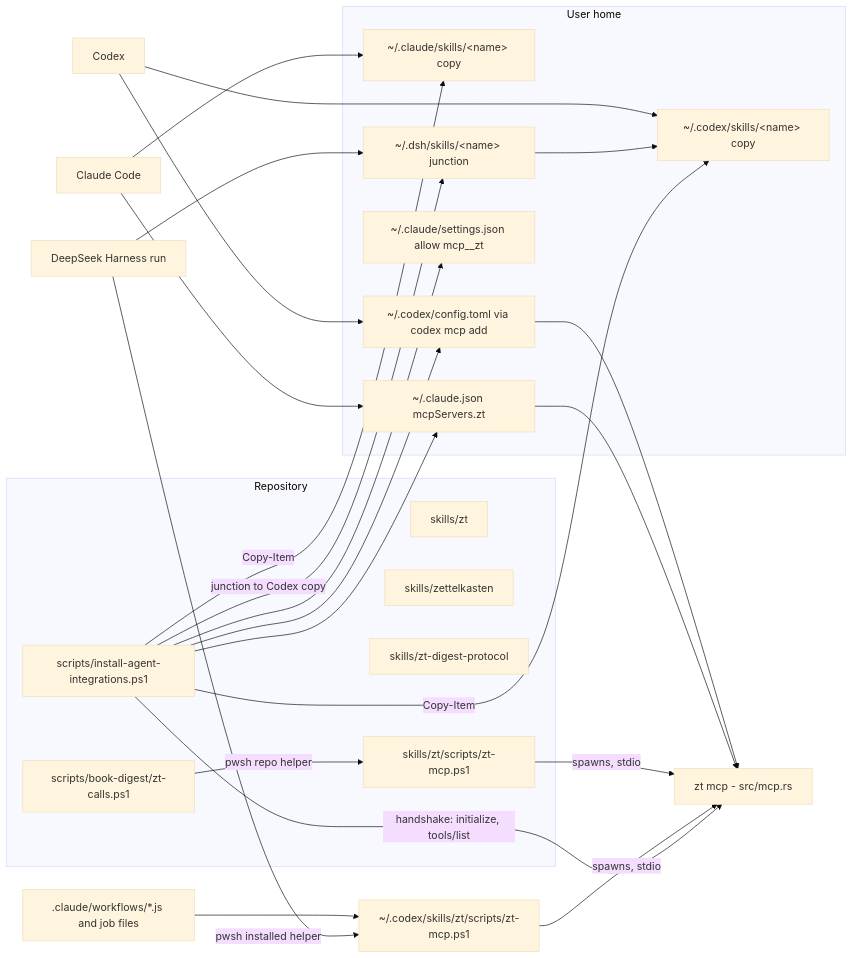
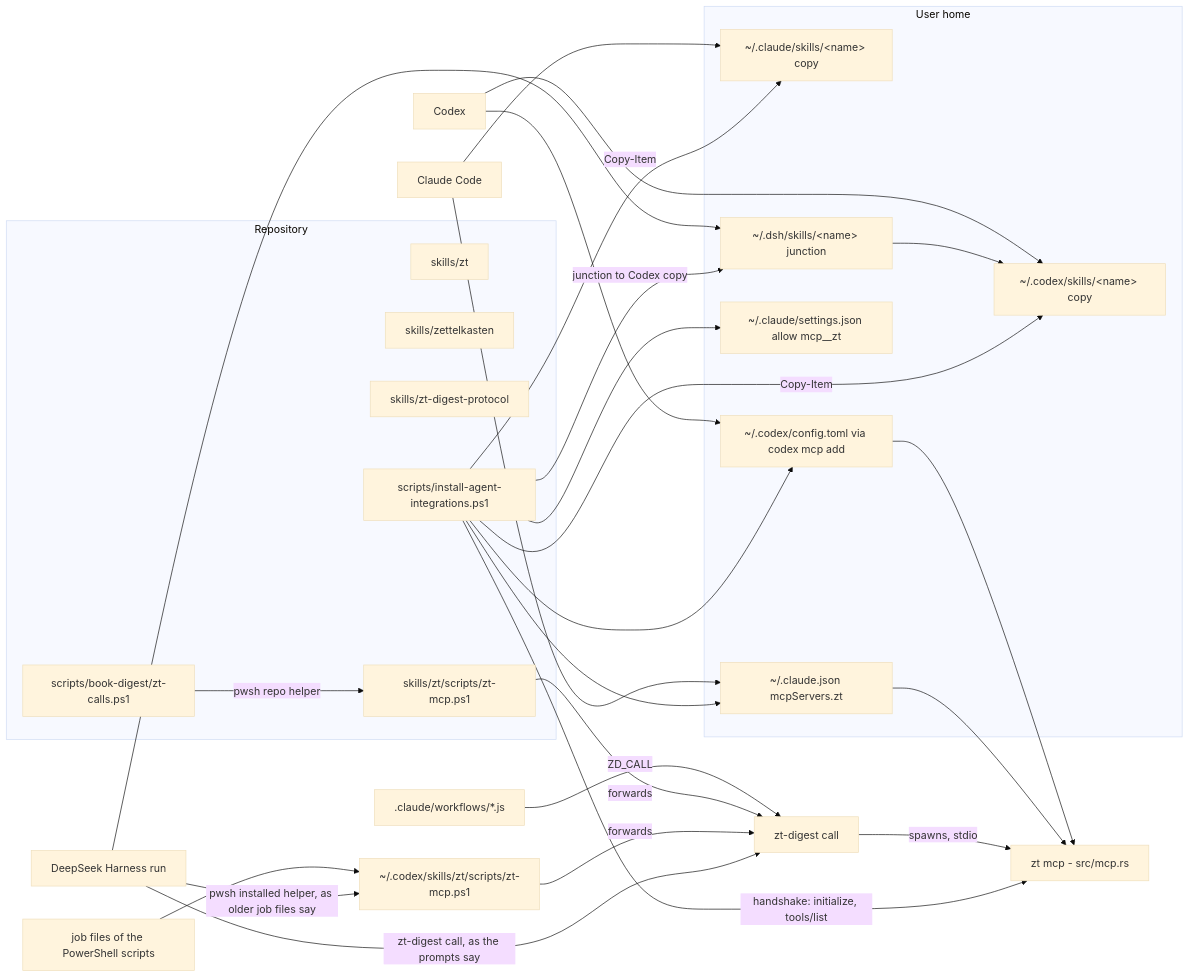
One commit to liudesheng9/zet changed the diagram in docs/wiki/agent-skills.md. Above: the diagram before and after it, drawn with Mermaid (base theme). The commit also changed other lines of this file and 57 other files, not shown here.

First line of the commit message:
Run the digest workflows on zt-digest

````diff
--- a/docs/wiki/agent-skills.md
+++ b/docs/wiki/agent-skills.md
@@ -60,36 +60,40 @@
 ```mermaid
 flowchart LR
   subgraph repo[Repository]
     S1[skills/zt]
     S2[skills/zettelkasten]
     S3[skills/zt-digest-protocol]
     H[skills/zt/scripts/zt-mcp.ps1]
     I[scripts/install-agent-integrations.ps1]
     ZC[scripts/book-digest/zt-calls.ps1]
   end
   subgraph home[User home]
     CS[~/.claude/skills/&lt;name&gt; copy]
     XS[~/.codex/skills/&lt;name&gt; copy]
     DS[~/.dsh/skills/&lt;name&gt; junction]
     CJ[~/.claude.json mcpServers.zt]
     ST[~/.claude/settings.json allow mcp__zt]
     CT[~/.codex/config.toml via codex mcp add]
   end
   I -->|Copy-Item| CS
   I -->|Copy-Item| XS
   I -->|junction to Codex copy| DS
   DS --> XS
   I --> CJ
   I --> ST
   I --> CT
   I -->|handshake: initialize, tools/list| MCP[zt mcp - src/mcp.rs]
   CC[Claude Code] --> CS
   CC --> CJ --> MCP
   CX[Codex] --> XS
   CX --> CT --> MCP
   DSH[DeepSeek Harness run] --> DS
-  DSH -->|pwsh installed helper| XH[~/.codex/skills/zt/scripts/zt-mcp.ps1]
-  XH -->|spawns, stdio| MCP
-  ZC -->|pwsh repo helper| H -->|spawns, stdio| MCP
-  WF[.claude/workflows/*.js and job files] --> XH
+  ZD[zt-digest call]
+  DSH -->|zt-digest call, as the prompts say| ZD
+  DSH -->|pwsh installed helper, as older job files say| XH[~/.codex/skills/zt/scripts/zt-mcp.ps1]
+  XH -->|forwards| ZD
+  ZD -->|spawns, stdio| MCP
+  ZC -->|pwsh repo helper| H -->|forwards| ZD
+  WF[.claude/workflows/*.js] -->|ZD_CALL| ZD
+  JF[job files of the PowerShell scripts] --> XH
 ```
````
